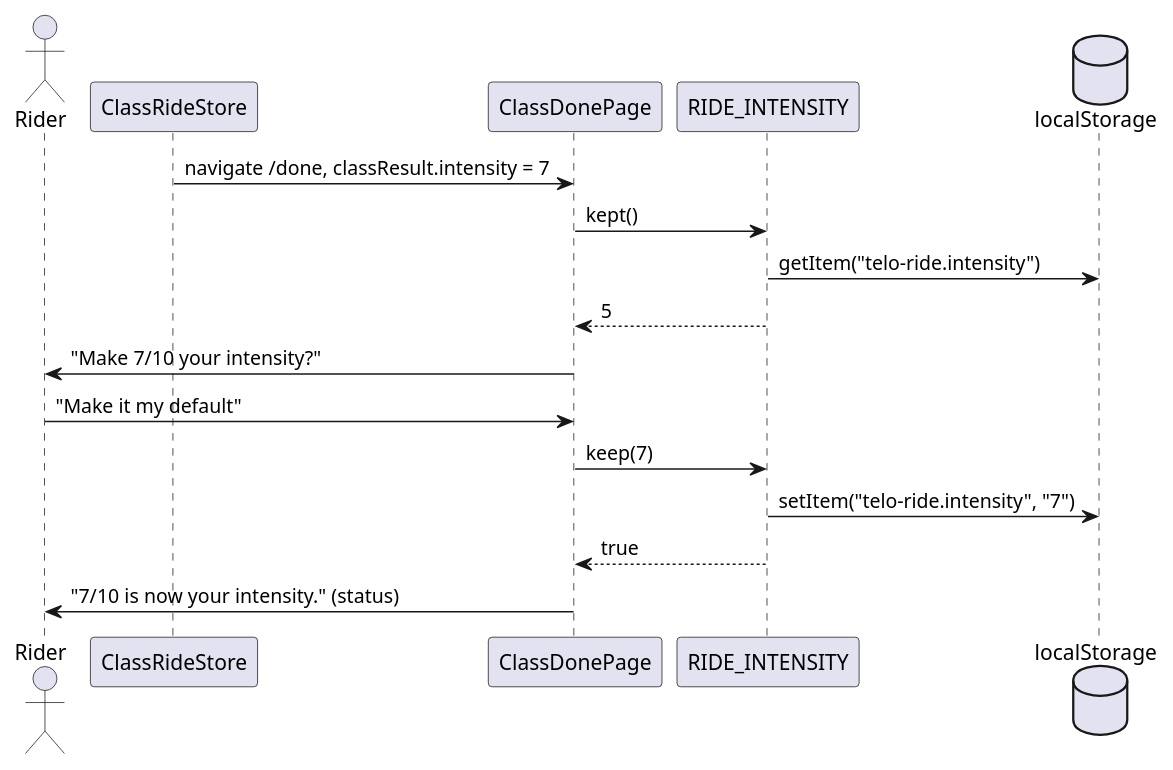
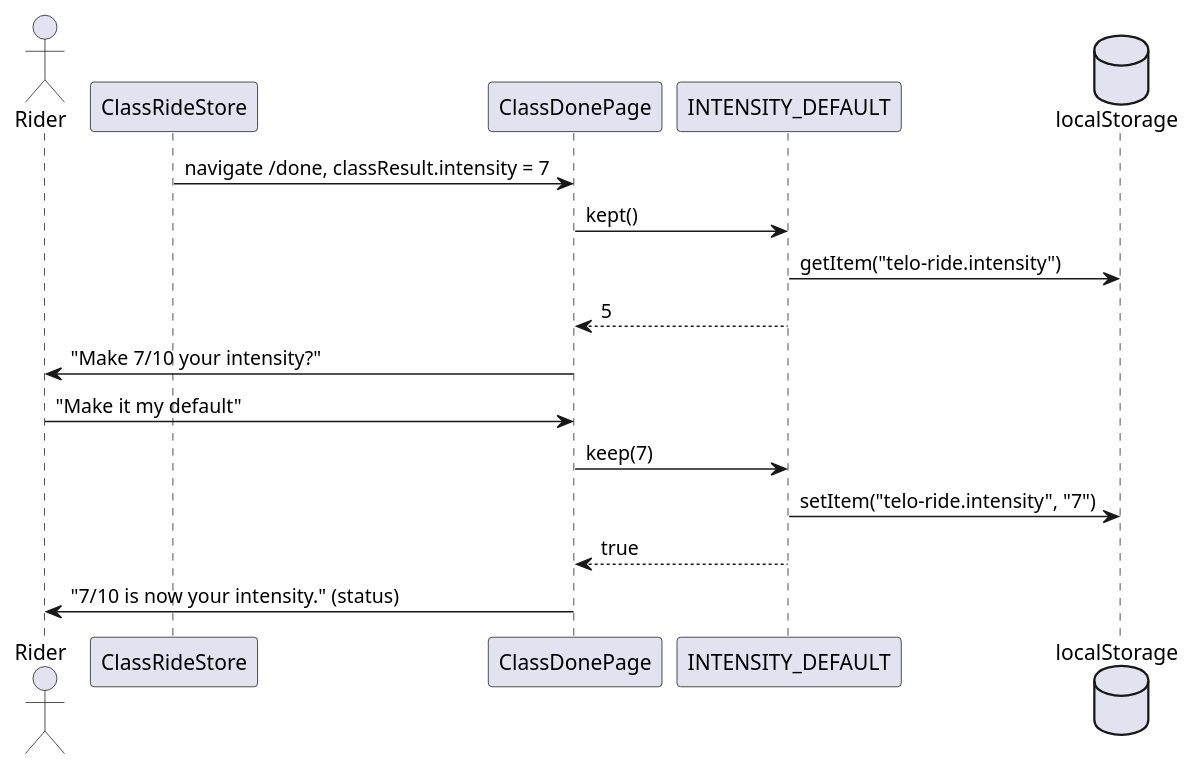
One commit to QuinntyneBrown/ride-one changed the diagram in docs/detailed-designs/class-ride/set-the-intensity/diagrams/sequence-keep-the-default.puml. Above: the diagram before and after it, drawn with PlantUML. The commit also changed 8 other files, not shown here.

```diff
--- a/docs/detailed-designs/class-ride/set-the-intensity/diagrams/sequence-keep-the-default.puml
+++ b/docs/detailed-designs/class-ride/set-the-intensity/diagrams/sequence-keep-the-default.puml
@@ -1,21 +1,21 @@
 @startuml
 skinparam backgroundColor #FFFFFF
 skinparam shadowing false
 skinparam defaultFontName Arial
 actor Rider
 participant ClassRideStore as Store
 participant ClassDonePage as Done
-participant "RIDE_INTENSITY" as Default
+participant "INTENSITY_DEFAULT" as Default
 database localStorage
 
 Store -> Done : navigate /done, classResult.intensity = 7
 Done -> Default : kept()
 Default -> localStorage : getItem("telo-ride.intensity")
 Default --> Done : 5
 Done -> Rider : "Make 7/10 your intensity?"
 Rider -> Done : "Make it my default"
 Done -> Default : keep(7)
 Default -> localStorage : setItem("telo-ride.intensity", "7")
 Default --> Done : true
 Done -> Rider : "7/10 is now your intensity." (status)
 @enduml
```
